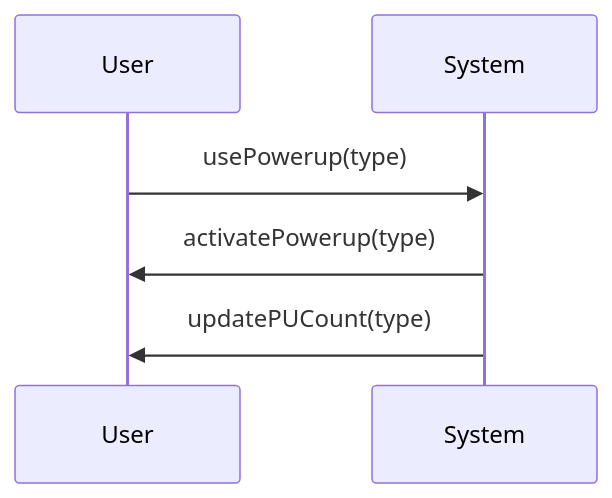
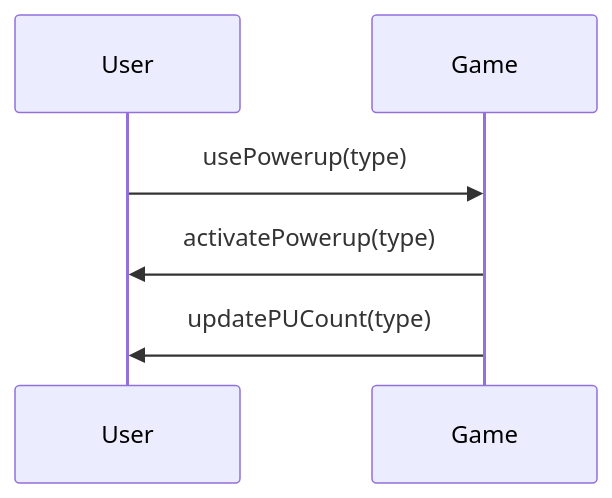
One commit to Shamdan17/Bricking_Bad changed the diagram in system-sequence-diagrams/use-powerup.md. Above: the diagram before and after it, drawn with Mermaid. The commit also changed other lines of this file and 14 other files, not shown here.

Commit message:
change all instances of system to game

````diff
--- a/system-sequence-diagrams/use-powerup.md
+++ b/system-sequence-diagrams/use-powerup.md
@@ -3,8 +3,8 @@
 ```mermaid
 sequenceDiagram
 participant User
-participant System
-User->> System: usePowerup(type)
-System->>User : activatePowerup(type)
-System->>User: updatePUCount(type)
+participant Game
+User->> Game: usePowerup(type)
+Game->>User : activatePowerup(type)
+Game->>User: updatePUCount(type)
 ```
````
